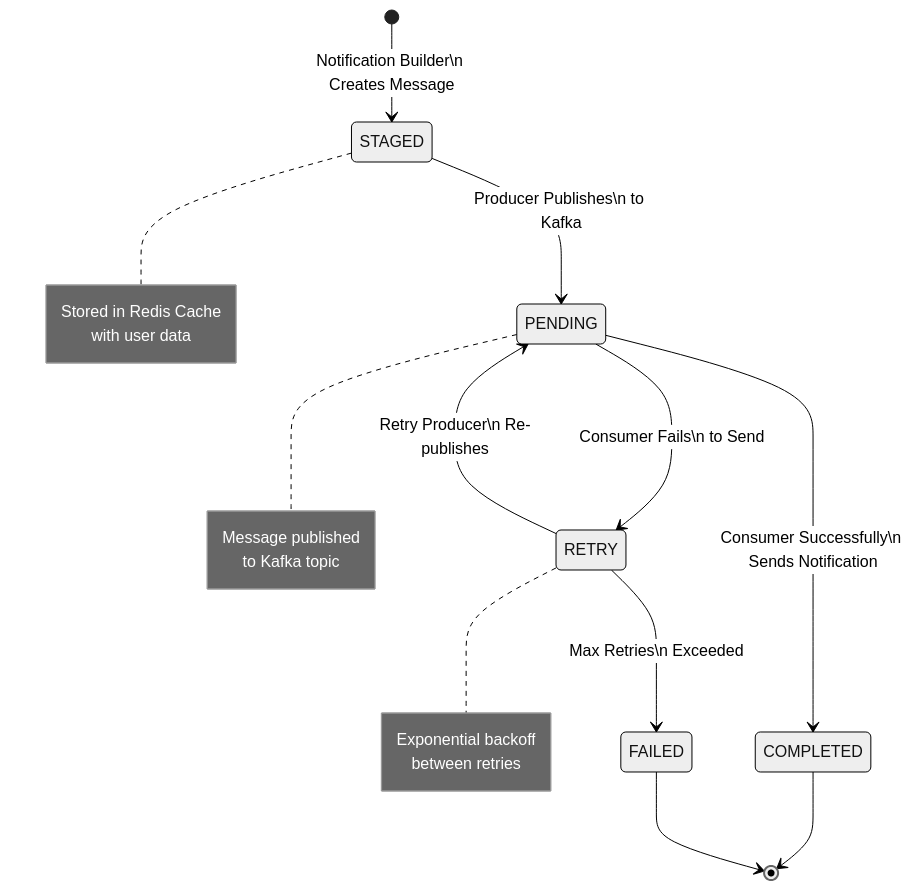
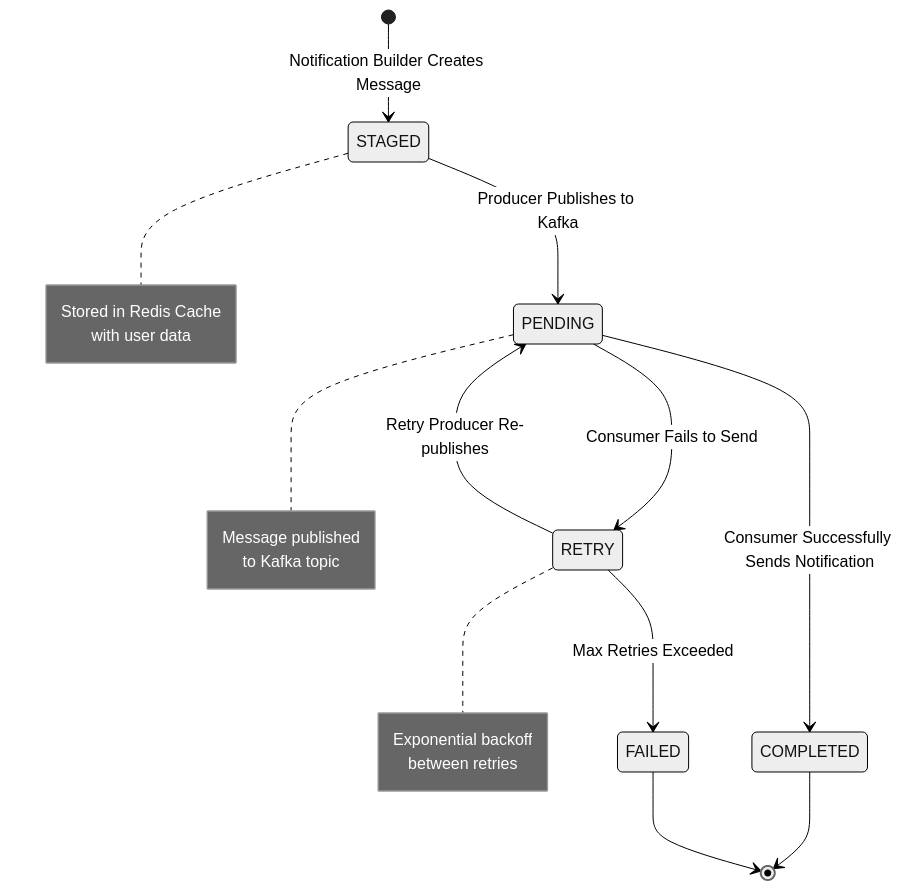
Before and after one commit to r-firpo/health-notifications-system: the second of 2 diagrams in README.md, drawn with Mermaid (neutral theme).

Commit message:
updated mermain diagrams

````diff
--- a/README.md
+++ b/README.md
@@ -54,26 +54,26 @@
 ```mermaid
 stateDiagram-v2
-    [*] --> STAGED: Notification Builder\n Creates Message
-    STAGED --> PENDING: Producer Publishes\n to Kafka
-    PENDING --> COMPLETED: Consumer Successfully\n Sends Notification
-    PENDING --> RETRY: Consumer Fails\n to Send
-    RETRY --> PENDING: Retry Producer\n Re-publishes
-    RETRY --> FAILED: Max Retries\n Exceeded
+    [*] --> STAGED: Notification Builder Creates Message
+    STAGED --> PENDING: Producer Publishes to Kafka
+    PENDING --> COMPLETED: Consumer Successfully Sends Notification
+    PENDING --> RETRY: Consumer Fails to Send
+    RETRY --> PENDING: Retry Producer Re-publishes
+    RETRY --> FAILED: Max Retries Exceeded
     COMPLETED --> [*]
     FAILED --> [*]
 
     note right of STAGED
         Stored in Redis Cache
         with user data
     end note
 
     note right of PENDING
         Message published
         to Kafka topic
     end note
 
     note right of RETRY
         Exponential backoff
         between retries
     end note
 ```
````
